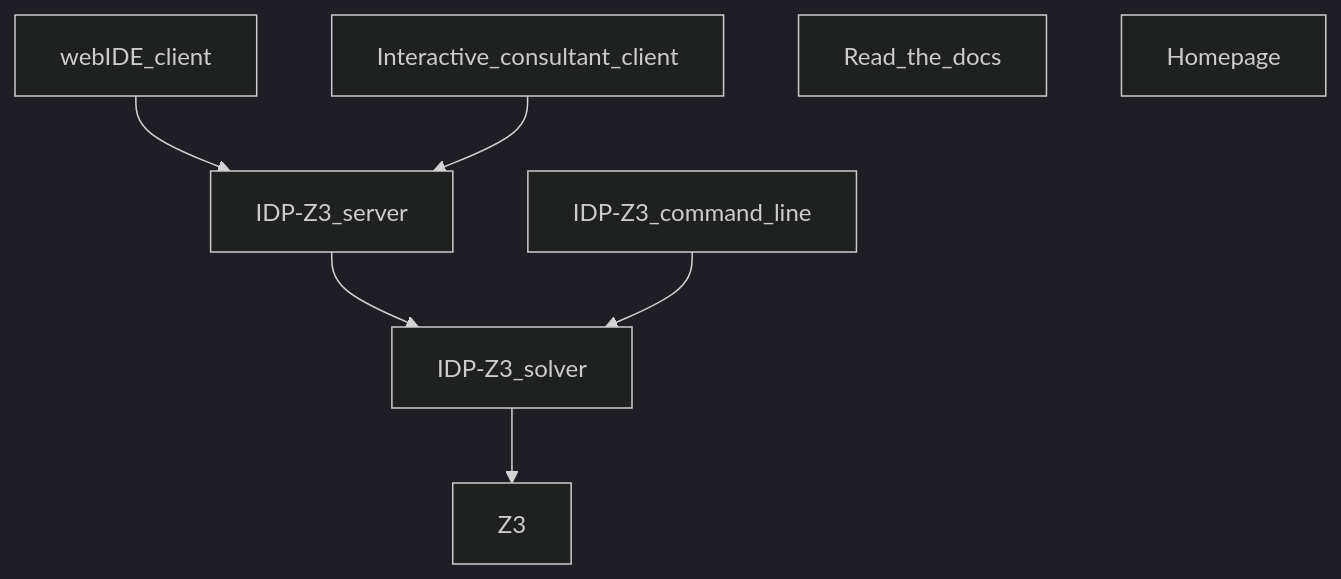
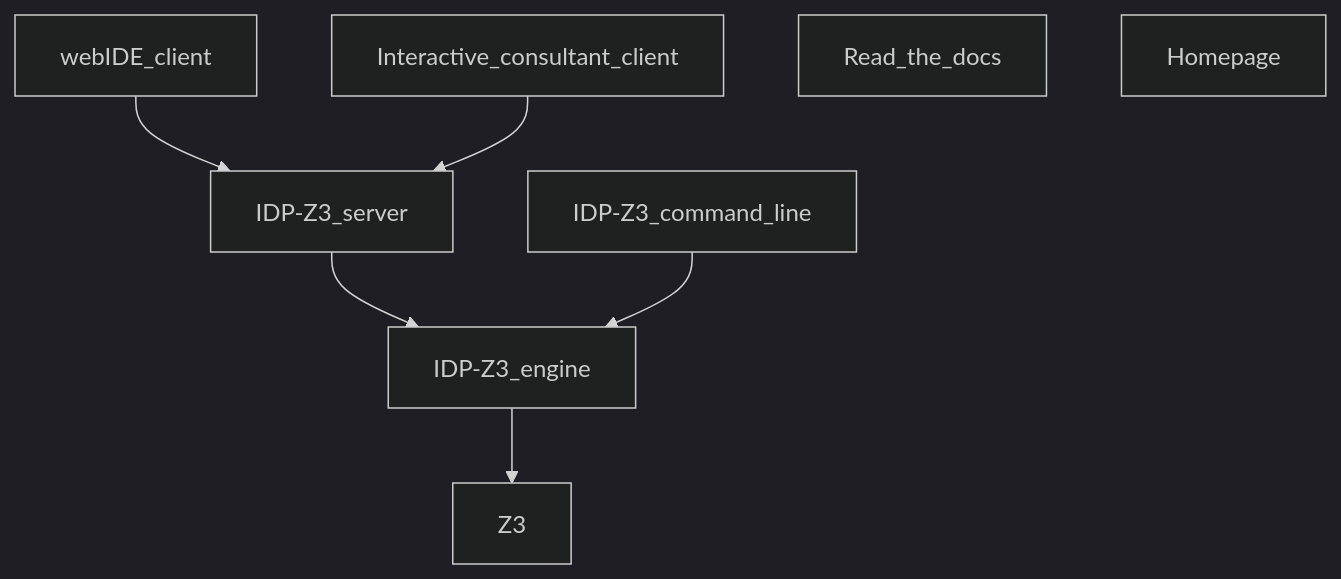
The diagram in docs/code_reference.rst (Sobhangh/IDP-Z3), drawn with Mermaid (dark theme) before and after one commit. The commit also changed other lines of this file, not shown here.

Commit message:
docs: solver -> engine

```diff
--- a/docs/code_reference.rst
+++ b/docs/code_reference.rst
@@ -15,10 +15,10 @@
 .. mermaid::
 
    graph TD
       webIDE_client --> IDP-Z3_server
       Interactive_consultant_client --> IDP-Z3_server
       Read_the_docs
       Homepage
-      IDP-Z3_server --> IDP-Z3_solver
-      IDP-Z3_command_line --> IDP-Z3_solver
-      IDP-Z3_solver --> Z3
+      IDP-Z3_server --> IDP-Z3_engine
+      IDP-Z3_command_line --> IDP-Z3_engine
+      IDP-Z3_engine --> Z3
```
